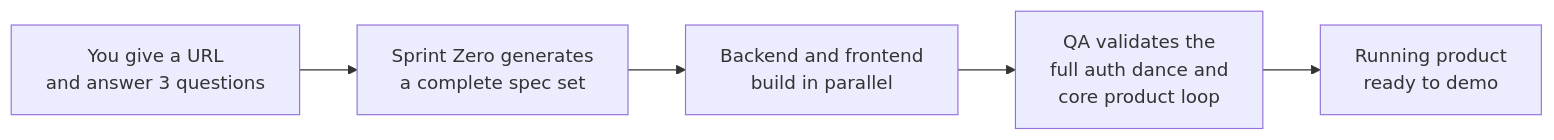
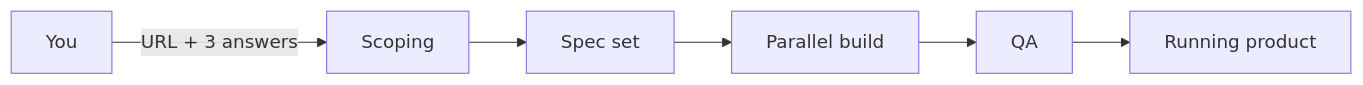
The first of 5 diagrams in README.md (yousuf-labs/sprint-zero), drawn with Mermaid before and after one commit. The commit also changed other lines of this file and 1 other file, not shown here.

````diff
--- a/README.md
+++ b/README.md
@@ -13,7 +39,15 @@
 ```mermaid
 flowchart LR
-    A[You give a URL\nand answer 3 questions] --> B[Sprint Zero generates\na complete spec set]
-    B --> C[Backend and frontend\nbuild in parallel]
-    C --> D[QA validates the\nfull auth dance and\ncore product loop]
-    D --> E[Running product\nready to demo]
+    A[You]
+    B[Scoping]
+    C[Spec set]
+    D[Parallel build]
+    E[QA]
+    F[Running product]
+
+    A -->|URL + 3 answers| B
+    B --> C
+    C --> D
+    D --> E
+    E --> F
 ```
````
